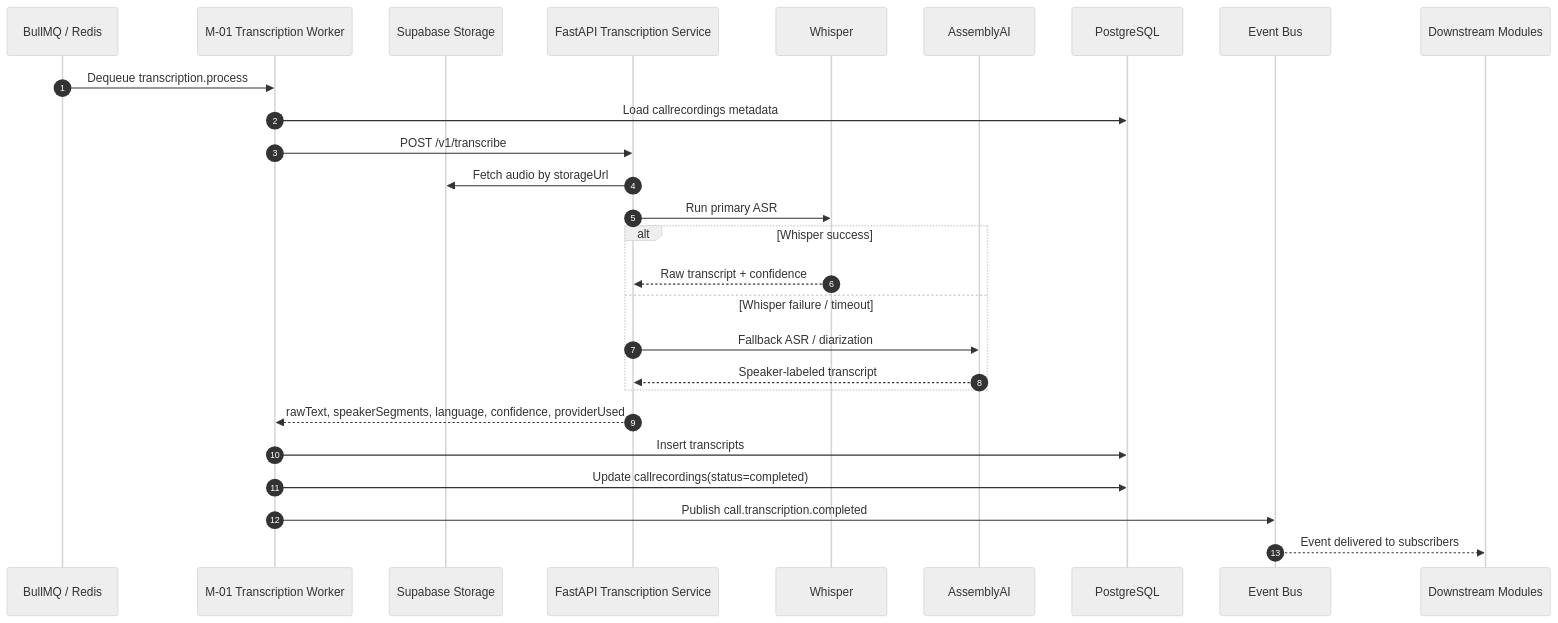
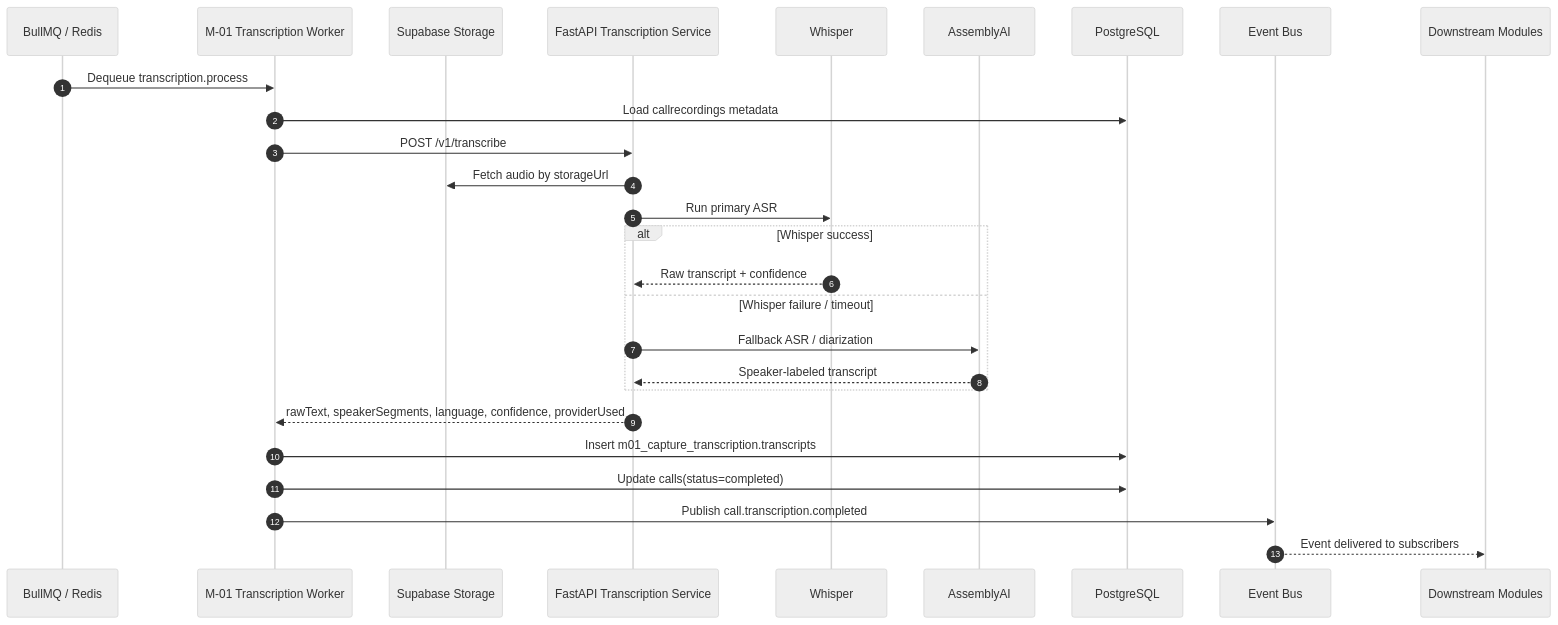
The second of 4 diagrams in Reference documents/M1 Capture & Transcription/m1-sequence diagram.md (PoojaTiwari09/FB-and-RP-Fixes), drawn with Mermaid (neutral theme) before and after one commit. The commit also changed other lines of this file and 79 other files, not shown here.

````diff
--- a/Reference documents/M1 Capture & Transcription/m1-sequence diagram.md
+++ b/Reference documents/M1 Capture & Transcription/m1-sequence diagram.md
@@ -179,32 +179,32 @@
 ```mermaid
 sequenceDiagram
     autonumber
     participant Q as BullMQ / Redis
     participant W as M-01 Transcription Worker
     participant ST as Supabase Storage
     participant AI as FastAPI Transcription Service
     participant WH as Whisper
     participant AA as AssemblyAI
     participant DB as PostgreSQL
     participant EVT as Event Bus
     participant D as Downstream Modules
 
     Q->>W: Dequeue transcription.process
     W->>DB: Load callrecordings metadata
     W->>AI: POST /v1/transcribe
     AI->>ST: Fetch audio by storageUrl
     AI->>WH: Run primary ASR
 
     alt Whisper success
         WH-->>AI: Raw transcript + confidence
     else Whisper failure / timeout
         AI->>AA: Fallback ASR / diarization
         AA-->>AI: Speaker-labeled transcript
     end
 
     AI-->>W: rawText, speakerSegments, language, confidence, providerUsed
-    W->>DB: Insert transcripts
-    W->>DB: Update callrecordings(status=completed)
+    W->>DB: Insert m01_capture_transcription.transcripts
+    W->>DB: Update calls(status=completed)
     W->>EVT: Publish call.transcription.completed
     EVT-->>D: Event delivered to subscribers
 ```
````
